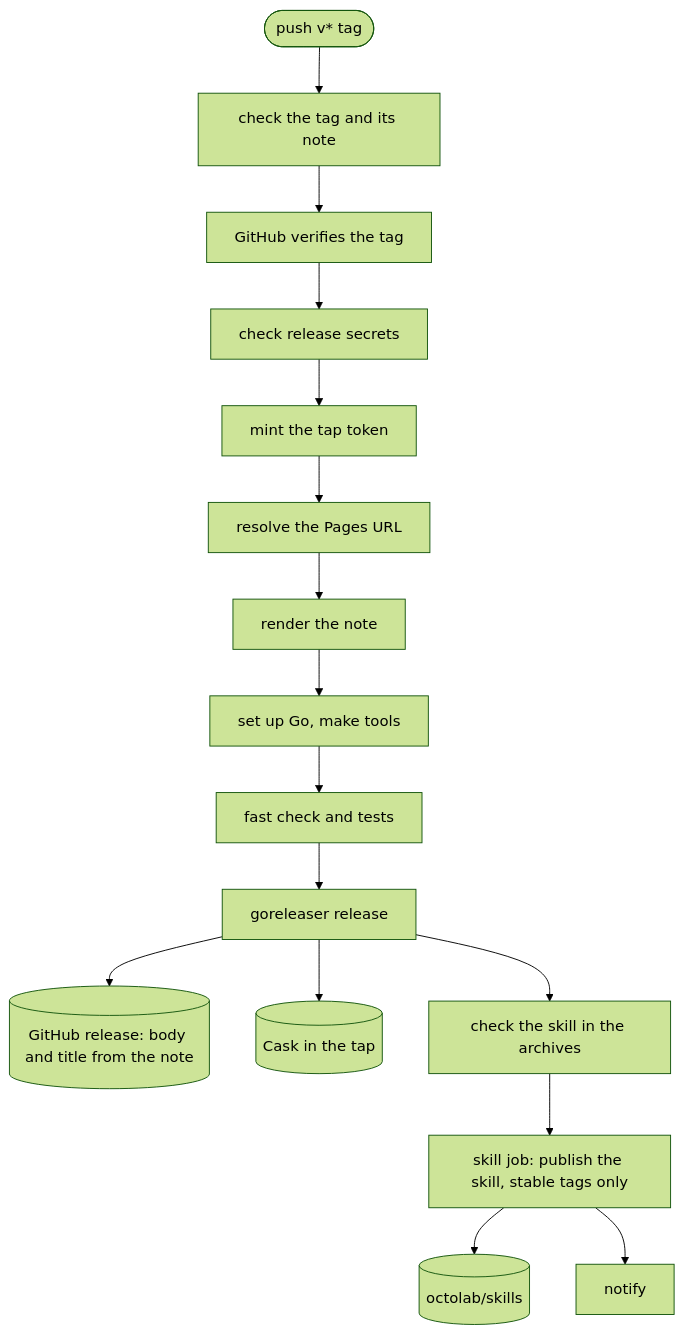
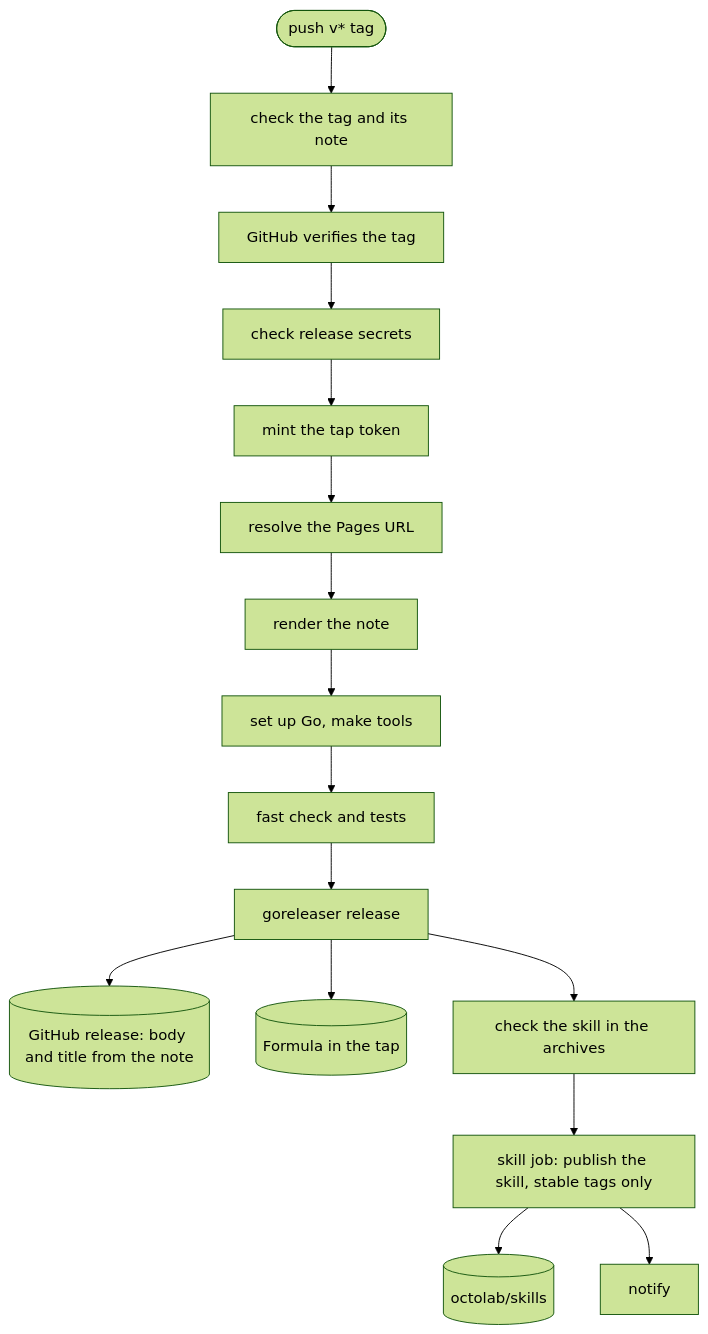
Before and after one commit to octopot/indexit: the third of 10 diagrams in .github/workflows/README.md, drawn with Mermaid (forest theme). The commit also changed other lines of this file and 10 other files, not shown here.

````diff
--- a/.github/workflows/README.md
+++ b/.github/workflows/README.md
@@ -78,10 +78,10 @@
 ```mermaid
 flowchart TB
   tag([push v* tag]) --> check[check the tag and its note] --> signature[GitHub verifies the tag] --> secrets[check release secrets] --> token[mint the tap token] --> pages[resolve the Pages URL] --> render[render the note]
   render --> go[set up Go, make tools] --> test[fast check and tests] --> publish[goreleaser release]
   publish --> release[(GitHub release: body and title from the note)]
-  publish --> tap[(Cask in the tap)]
+  publish --> tap[(Formula in the tap)]
   publish --> archives[check the skill in the archives]
   archives --> skill[skill job: publish the skill, stable tags only] --> catalog[(octolab/skills)]
   skill --> notify[notify]
 ```
````
